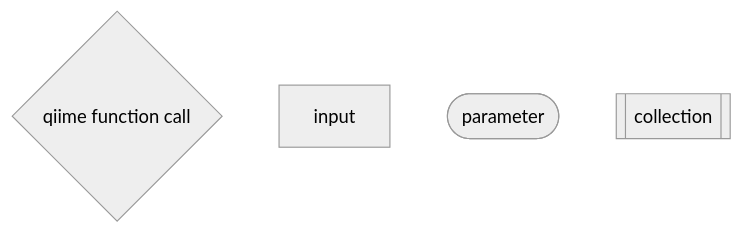
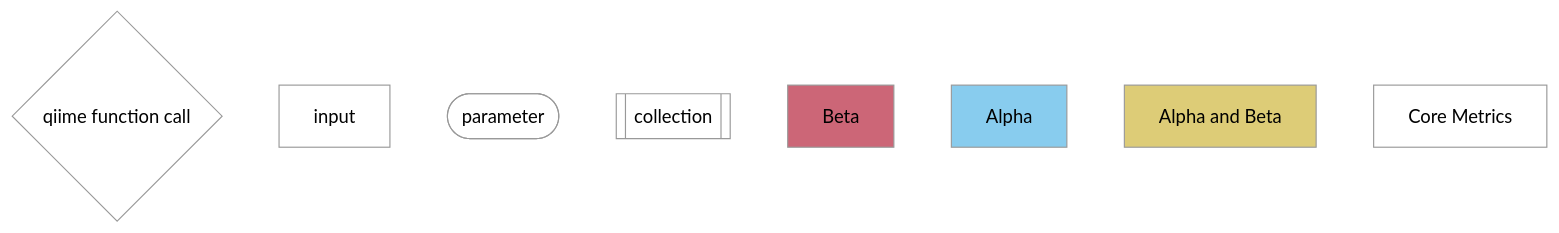
Before and after one commit to caporaso-lab/q2-boots: the diagram in pipeline-key.md, drawn with Mermaid (neutral theme).

Commit message:
update key

````diff
--- a/pipeline-key.md
+++ b/pipeline-key.md
@@ -1,7 +1,19 @@
 ```mermaid
 flowchart TD
-    function-call{qiime function call}
+function-call{qiime function call}
     input
-    paramter([parameter])
+    parameter([parameter])
     collection[[collection]]
+
+    style function-call fill:white
+    style input fill:white
+    style parameter fill:white
+    style collection fill:white
+
+    style Beta fill:#CC6677
+    style Alpha fill:#88CCEE
+    AB[Alpha and Beta]
+    style AB fill:#DDCC77
+    core-metrics[Core Metrics]
+    style core-metrics fill:white
 ```
````
